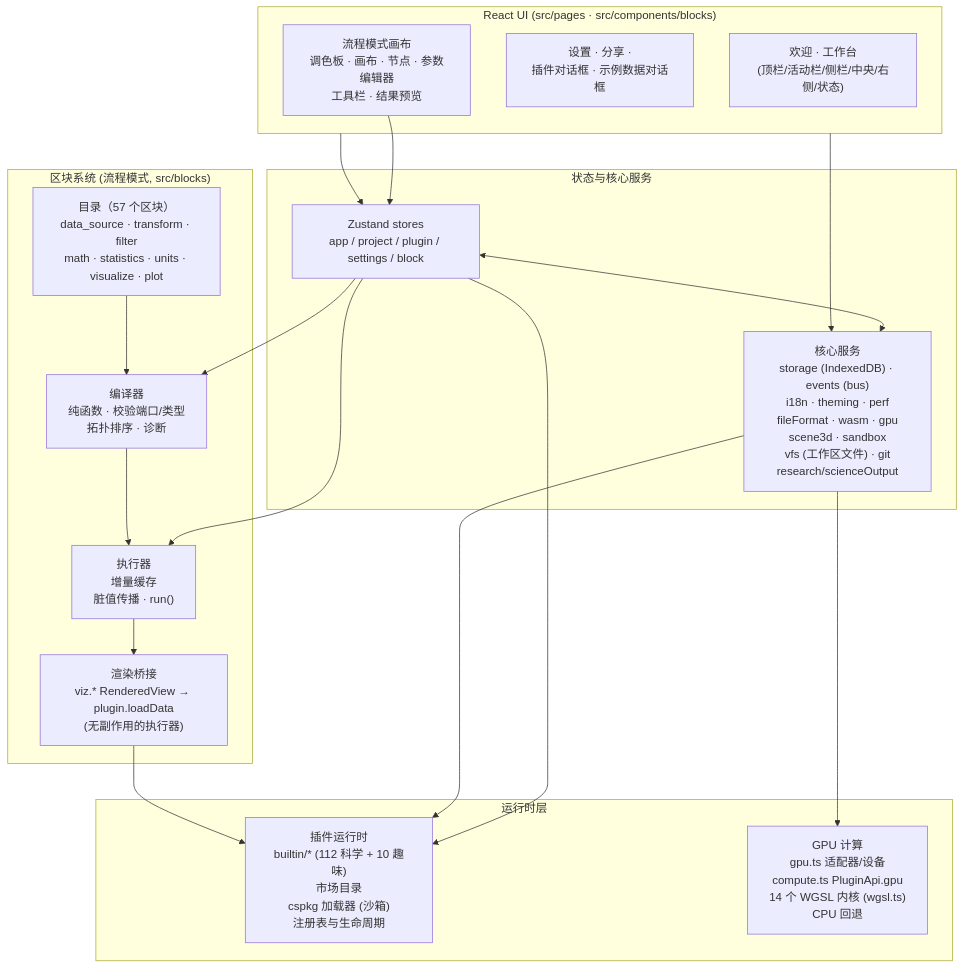
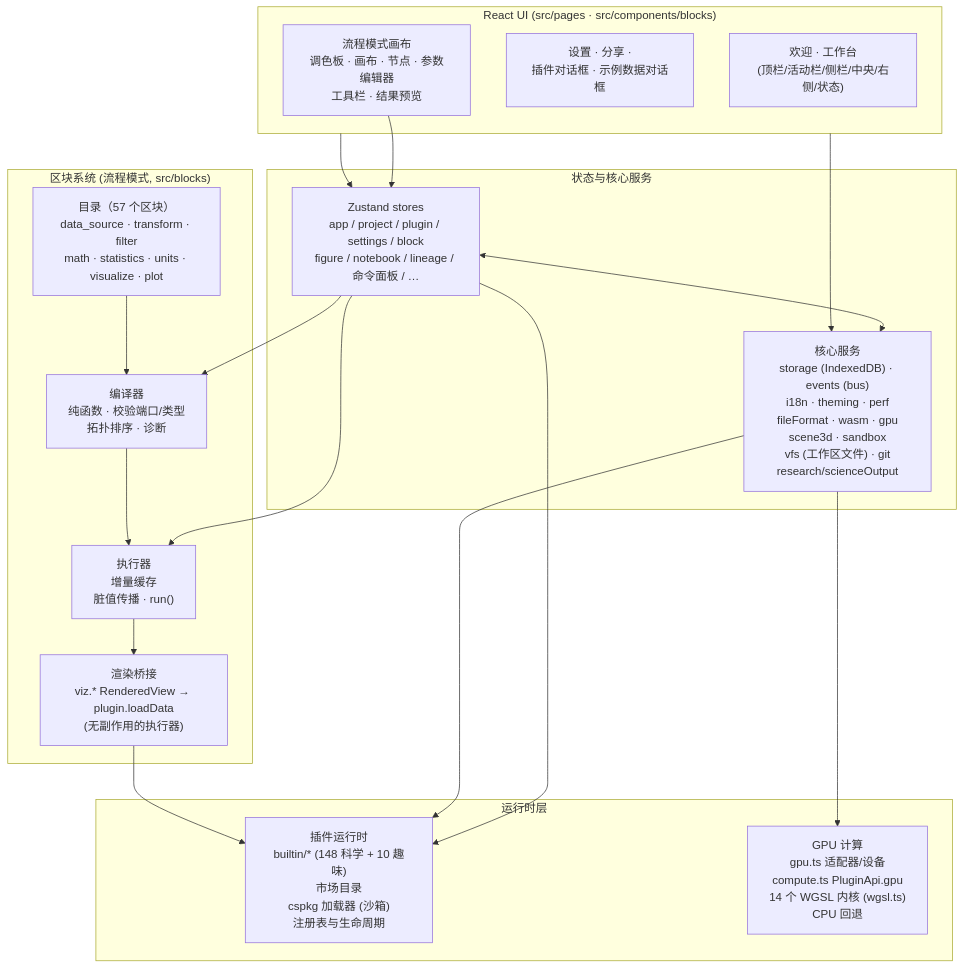
Before and after one commit to SnowLeopard-io/ErgalicsStudio: the diagram in README.zh-CN.md, drawn with Mermaid. The commit also changed other lines of this file and 1 other file, not shown here.

````diff
--- a/README.zh-CN.md
+++ b/README.zh-CN.md
@@ -172,39 +173,39 @@
 ```mermaid
 flowchart TB
     subgraph UI["React UI (src/pages · src/components/blocks)"]
         A1["欢迎 · 工作台<br/>(顶栏/活动栏/侧栏/中央/右侧/状态)"]
         A2["设置 · 分享 ·<br/>插件对话框 · 示例数据对话框"]
         A3["流程模式画布<br/>调色板 · 画布 · 节点 · 参数编辑器<br/>工具栏 · 结果预览"]
     end
 
     subgraph State["状态与核心服务"]
-        B1["Zustand stores<br/>app / project / plugin / settings / block"]
+        B1["Zustand stores<br/>app / project / plugin / settings / block<br/>figure / notebook / lineage / 命令面板 / …"]
         B2["核心服务<br/>storage (IndexedDB) · events (bus)<br/>i18n · theming · perf<br/>fileFormat · wasm · gpu<br/>scene3d · sandbox<br/>vfs (工作区文件) · git<br/>research/scienceOutput"]
     end
 
     subgraph Blocks["区块系统 (流程模式, src/blocks)"]
         D1["目录（57 个区块）<br/>data_source · transform · filter<br/>math · statistics · units · visualize · plot"]
         D2["编译器<br/>纯函数 · 校验端口/类型<br/>拓扑排序 · 诊断"]
         D3["执行器<br/>增量缓存<br/>脏值传播 · run()"]
         D4["渲染桥接<br/>viz.* RenderedView → plugin.loadData<br/>(无副作用的执行器)"]
     end
 
     subgraph Runtime["运行时层"]
-        C1["插件运行时<br/>builtin/* (112 科学 + 10 趣味)<br/>市场目录<br/>cspkg 加载器 (沙箱)<br/>注册表与生命周期"]
+        C1["插件运行时<br/>builtin/* (148 科学 + 10 趣味)<br/>市场目录<br/>cspkg 加载器 (沙箱)<br/>注册表与生命周期"]
         C2["GPU 计算<br/>gpu.ts 适配器/设备<br/>compute.ts PluginApi.gpu<br/>14 个 WGSL 内核 (wgsl.ts)<br/>CPU 回退"]
     end
 
     UI --> B1
     UI --> B2
     B1 <--> B2
     B1 --> C1
     B2 --> C1
     B2 --> C2
     A3 --> B1
     B1 --> D2
     B1 --> D3
     D2 --> D3
     D1 --> D2
     D3 --> D4
     D4 --> C1
 ```
````
